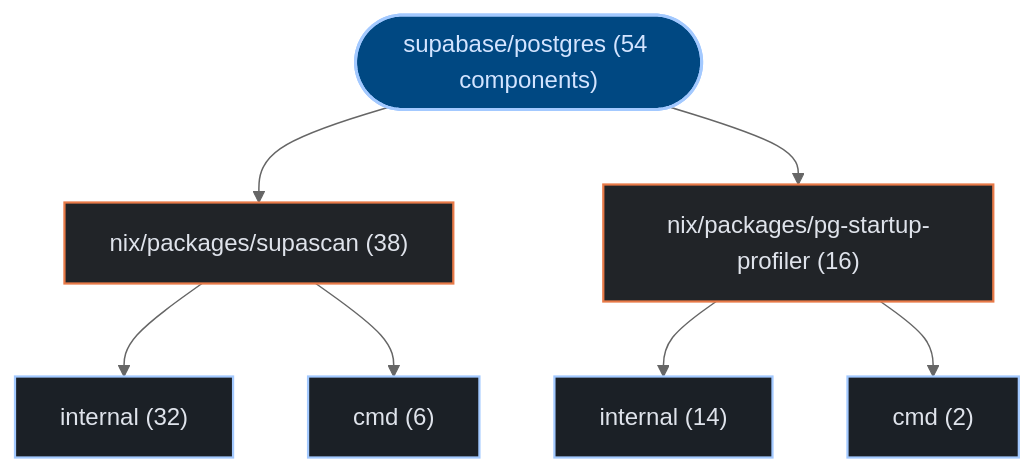
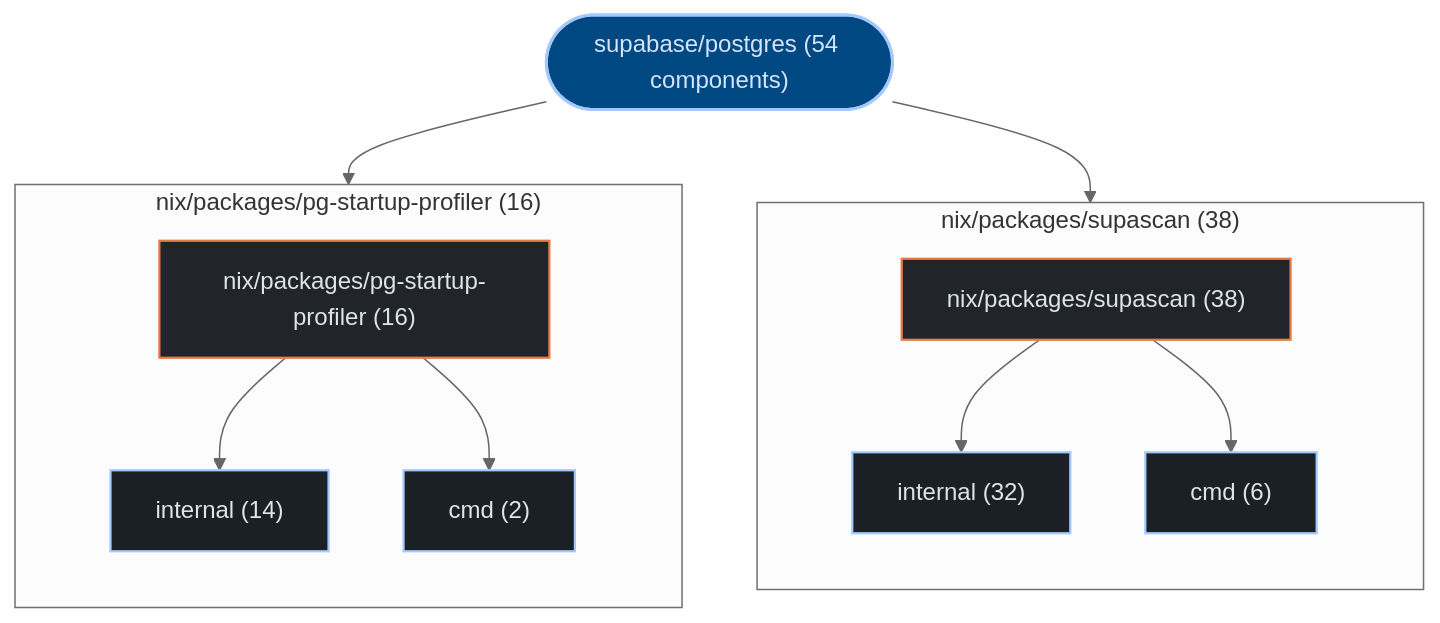
The first of 3 diagrams in exports/latest/reports/supabase-postgres-report.md (kumarshaz/atruss-code-atlas), drawn with Mermaid (neutral theme) before and after one commit. The commit also changed 178 other files, not shown here.

Commit message:
feat(ui,mermaid): upgrade to mermaid v12 + ELK layout, add orgs-summary + pagination, subgraph building blocks, fix tab alignment

````diff
--- a/exports/latest/reports/supabase-postgres-report.md
+++ b/exports/latest/reports/supabase-postgres-report.md
@@ -42,23 +42,29 @@
 ```mermaid
 graph TD;
   classDef atlasRoot fill:#004882,stroke:#a3c9ff,stroke-width:2px,color:#d3e4ff
   classDef atlasCategory fill:#212428,stroke:#E87A48,stroke-width:1.5px,color:#dfe3eb
   classDef atlasWorkflow fill:#1b2026,stroke:#a3c9ff,stroke-width:1.5px,color:#dfe3eb
   classDef atlasJob fill:#171c22,stroke:#8d9199,stroke-width:1px,color:#dfe3eb
   classDef atlasTarget fill:#005227,stroke:#8bd99b,stroke-width:1.5px,color:#a7f6b6
   classDef atlasAlert fill:#93000a,stroke:#ffb4ab,stroke-width:1.5px,color:#ffdad6
   classDef atlasMore fill:#252a31,stroke:#8d9199,stroke-dasharray:4 4,color:#c3c6cf
     repo_root(["supabase/postgres (54 components)"]):::atlasRoot
-    dir_0_nix_packages_supascan["nix/packages/supascan (38)"]:::atlasCategory
+    subgraph sg_dir_0_nix_packages_supascan["nix/packages/supascan (38)"]
+      direction TB
+      dir_0_nix_packages_supascan["nix/packages/supascan (38)"]:::atlasCategory
+      sub_0_0_internal["internal (32)"]:::atlasWorkflow
+      dir_0_nix_packages_supascan --> sub_0_0_internal
+      sub_0_1_cmd["cmd (6)"]:::atlasWorkflow
+      dir_0_nix_packages_supascan --> sub_0_1_cmd
+    end
     repo_root --> dir_0_nix_packages_supascan
-    sub_0_0_internal["internal (32)"]:::atlasWorkflow
-    dir_0_nix_packages_supascan --> sub_0_0_internal
-    sub_0_1_cmd["cmd (6)"]:::atlasWorkflow
-    dir_0_nix_packages_supascan --> sub_0_1_cmd
-    dir_1_nix_packages_pg_startup_profiler["nix/packages/pg-startup-profiler (16)"]:::atlasCategory
+    subgraph sg_dir_1_nix_packages_pg_startup_profiler["nix/packages/pg-startup-profiler (16)"]
+      direction TB
+      dir_1_nix_packages_pg_startup_profiler["nix/packages/pg-startup-profiler (16)"]:::atlasCategory
+      sub_1_0_internal["internal (14)"]:::atlasWorkflow
+      dir_1_nix_packages_pg_startup_profiler --> sub_1_0_internal
+      sub_1_1_cmd["cmd (2)"]:::atlasWorkflow
+      dir_1_nix_packages_pg_startup_profiler --> sub_1_1_cmd
+    end
     repo_root --> dir_1_nix_packages_pg_startup_profiler
-    sub_1_0_internal["internal (14)"]:::atlasWorkflow
-    dir_1_nix_packages_pg_startup_profiler --> sub_1_0_internal
-    sub_1_1_cmd["cmd (2)"]:::atlasWorkflow
-    dir_1_nix_packages_pg_startup_profiler --> sub_1_1_cmd
 ```
````
